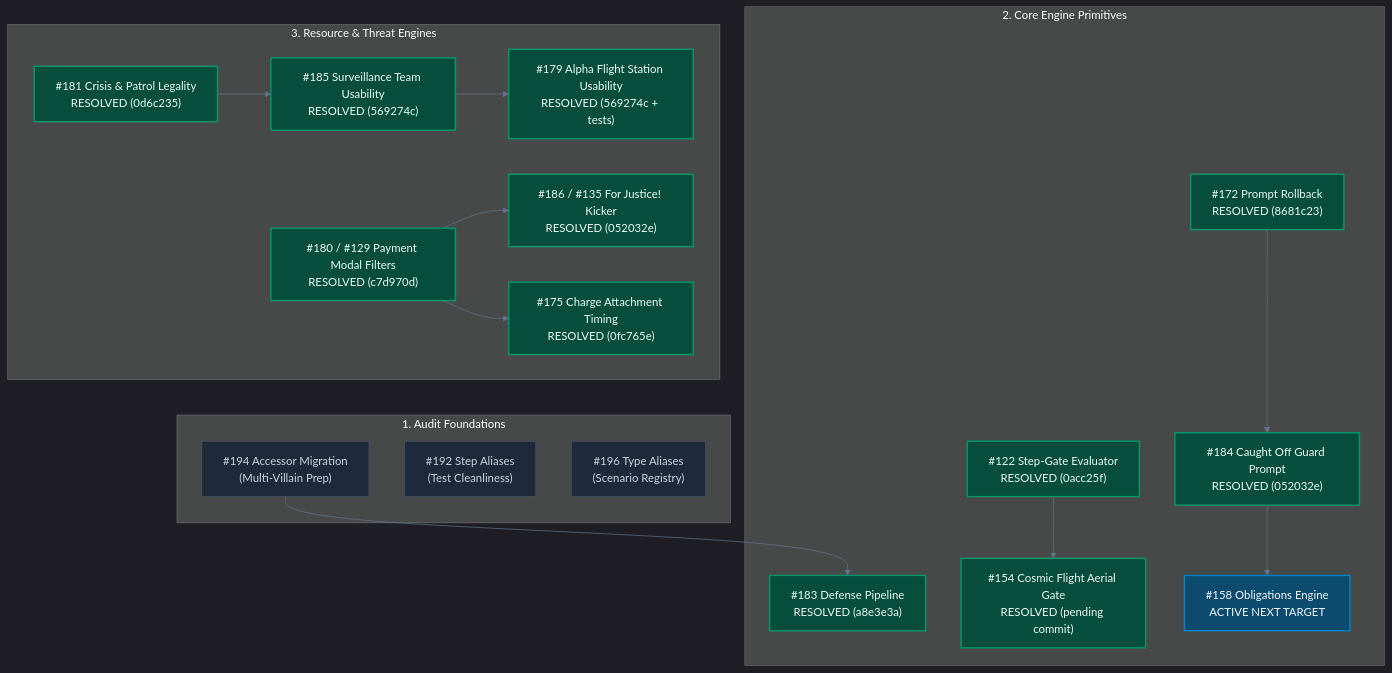
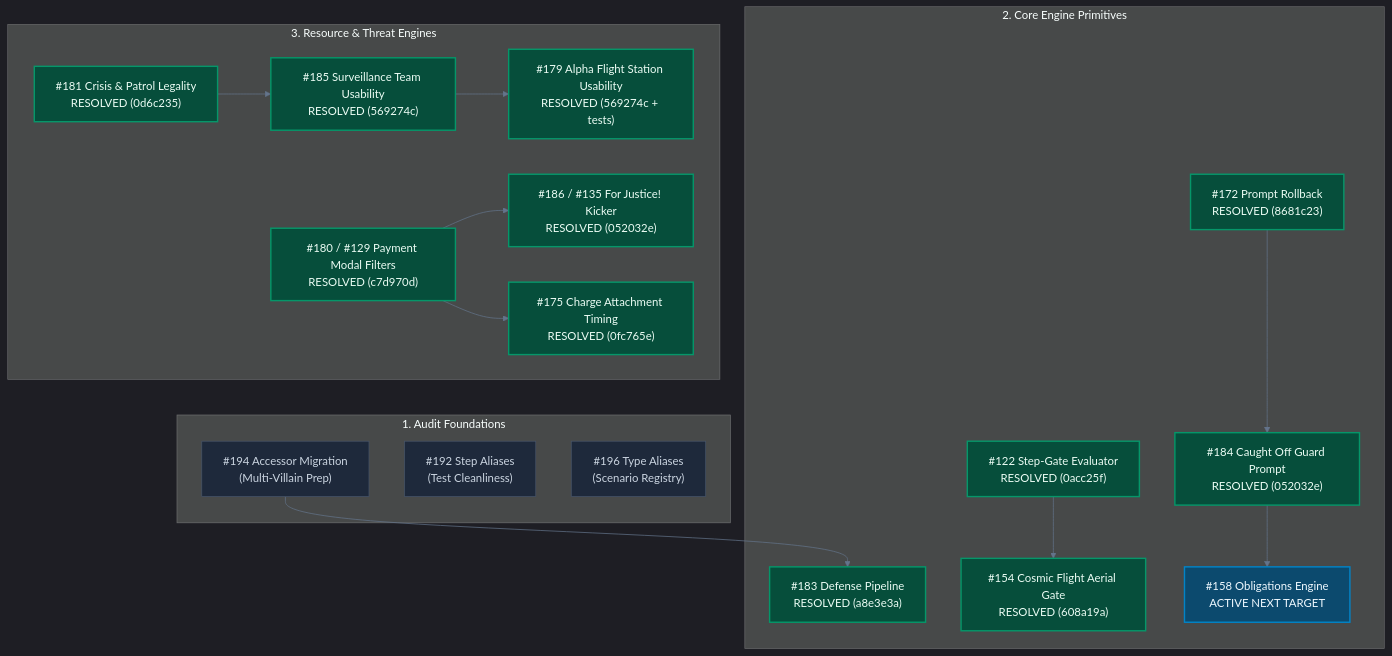
The diagram in docs/backlog/teamwork_status_and_next_target.md (SteveRodrigue/MCD), drawn with Mermaid before and after one commit. The commit also changed other lines of this file and 39 other files, not shown here.

````diff
--- a/docs/backlog/teamwork_status_and_next_target.md
+++ b/docs/backlog/teamwork_status_and_next_target.md
@@ -23,46 +23,46 @@
 ```mermaid
 %%{init: {'theme': 'dark', 'themeVariables': { 'darkMode': true, 'background': '#0b0f19', 'primaryColor': '#1e293b', 'primaryTextColor': '#f8fafc', 'primaryBorderColor': '#475569', 'lineColor': '#64748b', 'secondaryColor': '#0f172a', 'tertiaryColor': '#1e293b' }}}%%
 flowchart TD
     subgraph AuditFoundations["1. Audit Foundations"]
         I194["#194 Accessor Migration<br/>(Multi-Villain Prep)"]
         I192["#192 Step Aliases<br/>(Test Cleanliness)"]
         I196["#196 Type Aliases<br/>(Scenario Registry)"]
     end
 
     subgraph CoreEngine["2. Core Engine Primitives"]
         I183["#183 Defense Pipeline<br/>RESOLVED (a8e3e3a)"]
         I172["#172 Prompt Rollback<br/>RESOLVED (8681c23)"]
         I184["#184 Caught Off Guard Prompt<br/>RESOLVED (052032e)"]
         I122["#122 Step-Gate Evaluator<br/>RESOLVED (0acc25f)"]
-        I154["#154 Cosmic Flight Aerial Gate<br/>RESOLVED (pending commit)"]
+        I154["#154 Cosmic Flight Aerial Gate<br/>RESOLVED (608a19a)"]
         I158["#158 Obligations Engine<br/>ACTIVE NEXT TARGET"]
     end
 
     subgraph ResourceThreat["3. Resource & Threat Engines"]
         I181["#181 Crisis & Patrol Legality<br/>RESOLVED (0d6c235)"]
         I186["#186 / #135 For Justice! Kicker<br/>RESOLVED (052032e)"]
         I180["#180 / #129 Payment Modal Filters<br/>RESOLVED (c7d970d)"]
         I185["#185 Surveillance Team Usability<br/>RESOLVED (569274c)"]
         I179["#179 Alpha Flight Station Usability<br/>RESOLVED (569274c + tests)"]
         I175["#175 Charge Attachment Timing<br/>RESOLVED (0fc765e)"]
     end
 
     %% Dependencies & Flows
     I194 --> I183
     I172 --> I184
     I184 --> I158
     I122 --> I154
     I181 --> I185
     I185 --> I179
     I180 --> I186
     I180 --> I175
 
     %% Dark Mode Styles
     classDef resolved fill:#064e3b,stroke:#059669,stroke-width:2px,color:#ecfdf5;
     classDef active fill:#0c4a6e,stroke:#0284c7,stroke-width:2px,color:#f0f9ff;
     classDef open fill:#1e293b,stroke:#475569,stroke-width:1px,color:#cbd5e1;
 
     class I183,I172,I184,I181,I186,I185,I179,I180,I175,I122,I154 resolved;
     class I158 active;
     class I194,I192,I196 open;
 ```
````
